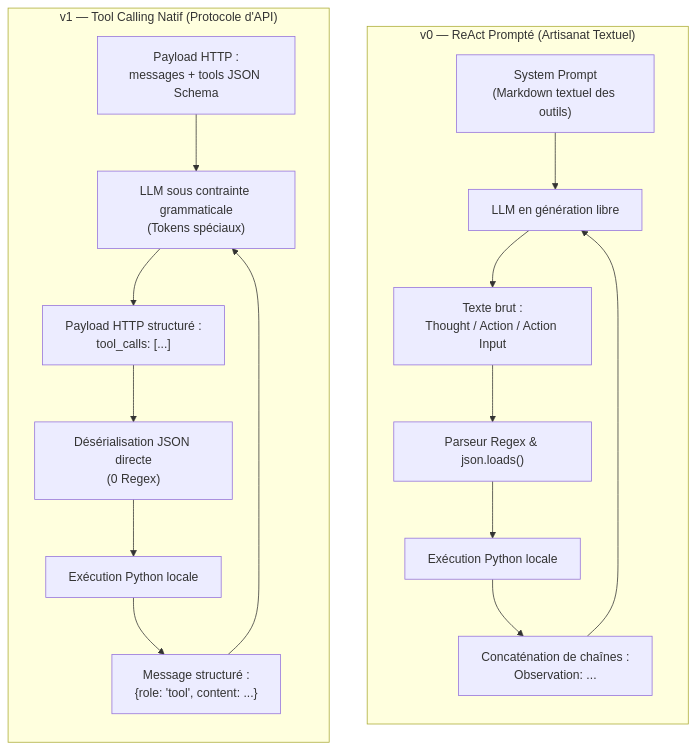
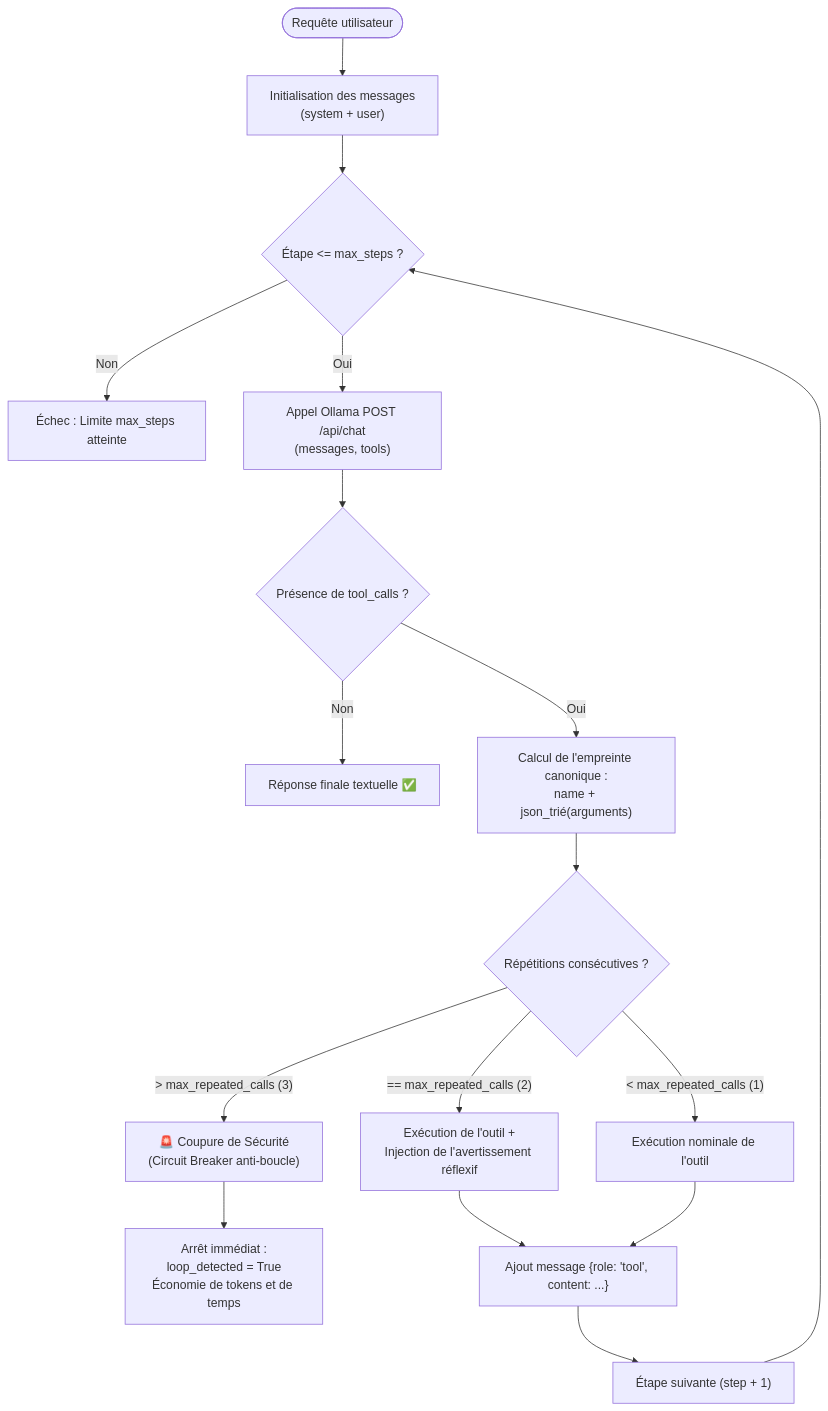
One commit to JeanVG23/agent-harness-from-scratch changed the fifth of 5 diagrams in experiments/v0-v1-architecture-comparison.md. Above: the diagram before and after it, drawn with Mermaid. The commit also changed other lines of this file, not shown here.

Commit message:
docs: ajout des diagrammes mermaid v2 pour le chainage et le garde-fou anti-boucle

````diff
--- a/experiments/v0-v1-architecture-comparison.md
+++ b/experiments/v0-v1-architecture-comparison.md
@@ -98,22 +193,29 @@
 ```mermaid
 flowchart TD
-    subgraph V0["v0 — ReAct Prompté (Artisanat Textuel)"]
-        direction TB
-        P0["System Prompt<br/>(Markdown textuel des outils)"] --> L0["LLM en génération libre"]
-        L0 --> T0["Texte brut :<br/>Thought / Action / Action Input"]
-        T0 --> R0["Parseur Regex & json.loads()"]
-        R0 --> E0["Exécution Python locale"]
-        E0 --> C0["Concaténation de chaînes :<br/>Observation: ..."]
-        C0 --> L0
-    end
-
-    subgraph V1["v1 — Tool Calling Natif (Protocole d'API)"]
-        direction TB
-        P1["Payload HTTP :<br/>messages + tools JSON Schema"] --> L1["LLM sous contrainte grammaticale<br/>(Tokens spéciaux)"]
-        L1 --> T1["Payload HTTP structuré :<br/>tool_calls: [...]"]
-        T1 --> R1["Désérialisation JSON directe<br/>(0 Regex)"]
-        R1 --> E1["Exécution Python locale"]
-        E1 --> C1["Message structuré :<br/>{role: 'tool', content: ...}"]
-        C1 --> L1
-    end
+    Start(["Requête utilisateur"]) --> Init["Initialisation des messages<br/>(system + user)"]
+    Init --> LoopCheck{"Étape <= max_steps ?"}
+    
+    LoopCheck -->|Non| MaxExceeded["Échec : Limite max_steps atteinte"]
+    LoopCheck -->|Oui| CallLLM["Appel Ollama POST /api/chat<br/>(messages, tools)"]
+    
+    CallLLM --> HasToolCall{"Présence de tool_calls ?"}
+    
+    HasToolCall -->|Non| FinalAnswer["Réponse finale textuelle ✅"]
+    
+    HasToolCall -->|Oui| HashArgs["Calcul de l'empreinte canonique :<br/>name + json_trié(arguments)"]
+    
+    HashArgs --> CountRep{"Répétitions consécutives ?"}
+    
+    CountRep -->|"> max_repeated_calls (3)"| CircuitBreaker["🚨 Coupure de Sécurité<br/>(Circuit Breaker anti-boucle)"]
+    CircuitBreaker --> ReturnLoop["Arrêt immédiat :<br/>loop_detected = True<br/>Économie de tokens et de temps"]
+    
+    CountRep -->|"== max_repeated_calls (2)"| ExecWarn["Exécution de l'outil +<br/>Injection de l'avertissement réflexif"]
+    
+    CountRep -->|"< max_repeated_calls (1)"| ExecNorm["Exécution nominale de l'outil"]
+    
+    ExecWarn --> InjectToolMsg["Ajout message {role: 'tool', content: ...}"]
+    ExecNorm --> InjectToolMsg
+    
+    InjectToolMsg --> NextStep["Étape suivante (step + 1)"]
+    NextStep --> LoopCheck
 ```
````
